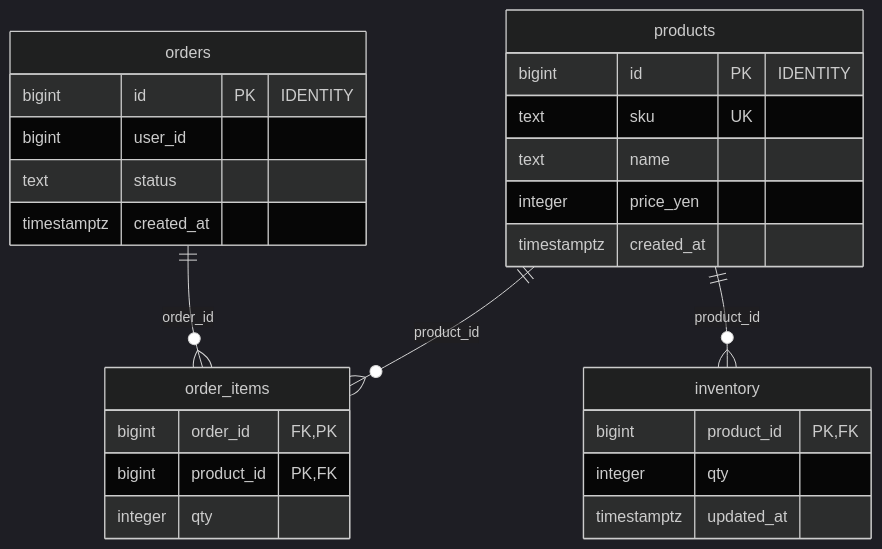
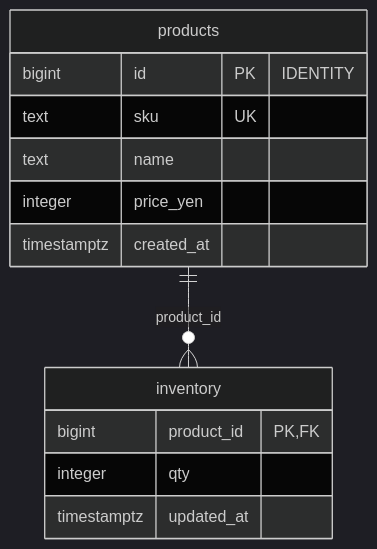
One commit to driftnode986/postgresql-db-design-samples changed the second of 9 diagrams in ch05_order_and_inventory/README.md. Above: the diagram before and after it, drawn with Mermaid (dark theme). The commit also changed other lines of this file and 15 other files, not shown here.

First line of the commit message:
docs: 設計案の構成図を縦並びにし、幅の広い ER 図を分けて、GitHub で縮まない大きさにする

````diff
--- a/ch05_order_and_inventory/README.md
+++ b/ch05_order_and_inventory/README.md
@@ -36,29 +36,16 @@
 ```mermaid
 erDiagram
   inventory {
     bigint product_id PK, FK
     integer qty
     timestamptz updated_at
-  }
-  order_items {
-    bigint order_id FK, PK
-    bigint product_id PK, FK
-    integer qty
-  }
-  orders {
-    bigint id PK "IDENTITY"
-    bigint user_id
-    text status
-    timestamptz created_at
   }
   products {
     bigint id PK "IDENTITY"
     text sku UK
     text name
     integer price_yen
     timestamptz created_at
   }
   products ||--o{ inventory : "product_id"
-  orders ||--o{ order_items : "order_id"
-  products ||--o{ order_items : "product_id"
 ```
````
